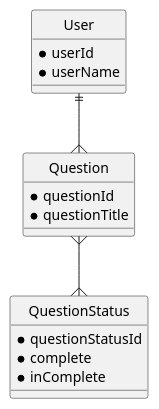
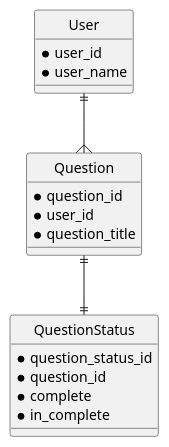
The diagram in plant-uml/er-figure.pu (qara70/firestore-no-sql), drawn with PlantUML before and after one commit.

Commit message:
fix: ER図モデリング変更

```diff
--- a/plant-uml/er-figure.pu
+++ b/plant-uml/er-figure.pu
@@ -1,24 +1,26 @@
 @startuml
 
 hide circle
 
 entity "User" {
-  *userId
-  *userName
+  *user_id
+  *user_name
 }
 
 entity "Question" {
-  *questionId
-  *questionTitle
+  *question_id
+  *user_id
+  *question_title
 }
 
 entity "QuestionStatus" {
-  *questionStatusId
+  *question_status_id
+  *question_id
   *complete
-  *inComplete
+  *in_complete
 }
 
 User||--{Question
-Question}--{QuestionStatus
+Question||--||QuestionStatus
 
 @enduml
```
